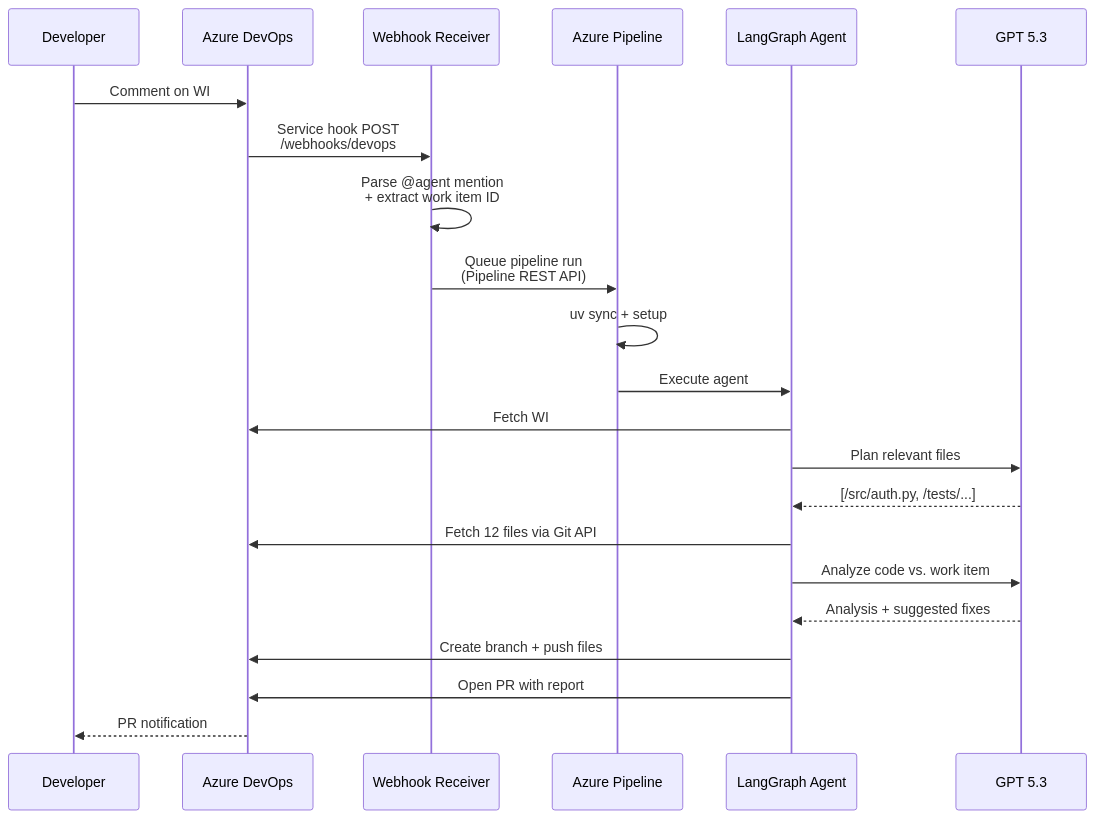
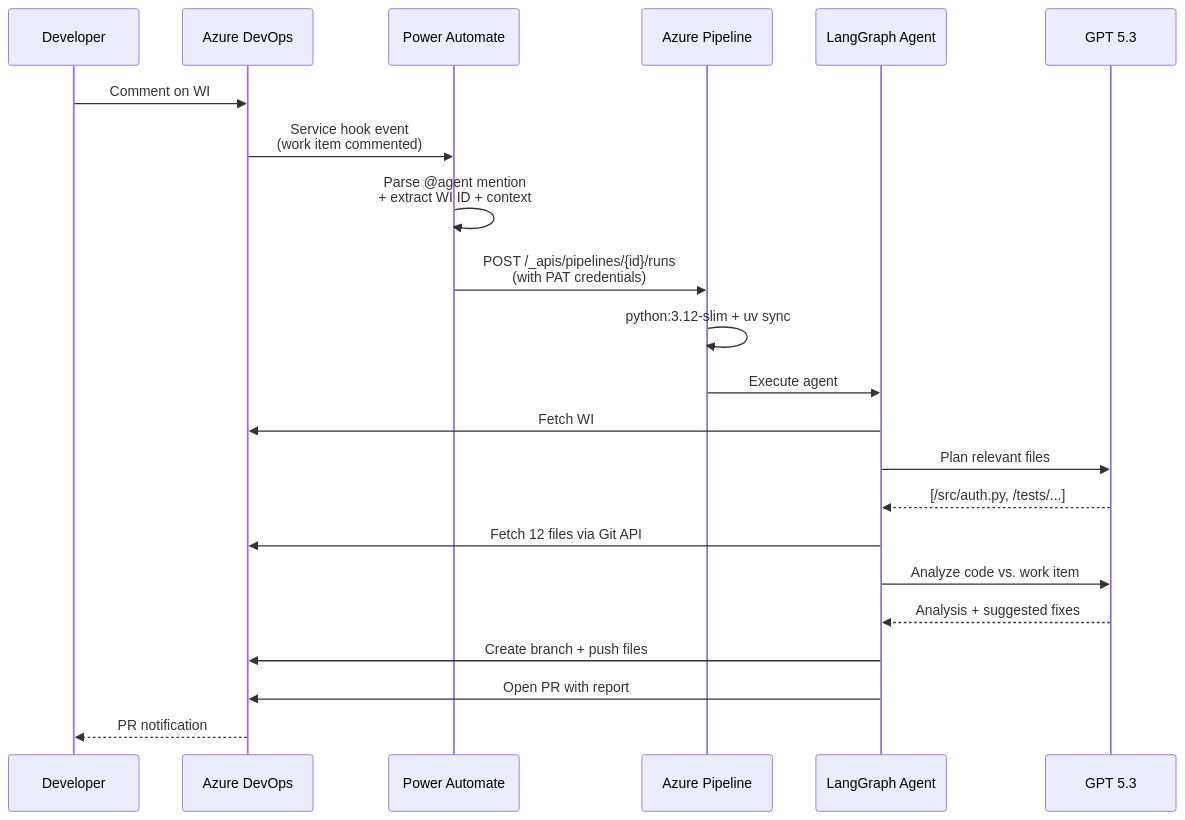
One commit to victorvos/devops_agent changed the fifth of 9 diagrams in README.md. Above: the diagram before and after it, drawn with Mermaid. The commit also changed other lines of this file and 7 other files, not shown here.

First line of the commit message:
Remove webhook server — triggers are just API calls with credentials

````diff
--- a/README.md
+++ b/README.md
@@ -268,25 +262,25 @@
 ```mermaid
 sequenceDiagram
     participant Dev as Developer
     participant ADO as Azure DevOps
-    participant WH as Webhook Receiver
+    participant PA as Power Automate
     participant Pipe as Azure Pipeline
     participant Agent as LangGraph Agent
     participant LLM as GPT 5.3
 
     Dev->>ADO: Comment on WI #1234:<br/>"@agent investigate the auth bug"
-    ADO->>WH: Service hook POST<br/>/webhooks/devops
-    WH->>WH: Parse @agent mention<br/>+ extract work item ID
-    WH->>Pipe: Queue pipeline run<br/>(Pipeline REST API)
-    Pipe->>Pipe: uv sync + setup
+    ADO->>PA: Service hook event<br/>(work item commented)
+    PA->>PA: Parse @agent mention<br/>+ extract WI ID + context
+    PA->>Pipe: POST /_apis/pipelines/{id}/runs<br/>(with PAT credentials)
+    Pipe->>Pipe: python:3.12-slim + uv sync
     Pipe->>Agent: Execute agent
     Agent->>ADO: Fetch WI #1234 details
     Agent->>LLM: Plan relevant files
     LLM-->>Agent: [/src/auth.py, /tests/...]
     Agent->>ADO: Fetch 12 files via Git API
     Agent->>LLM: Analyze code vs. work item
     LLM-->>Agent: Analysis + suggested fixes
     Agent->>ADO: Create branch + push files
     Agent->>ADO: Open PR with report
     ADO-->>Dev: PR notification
 ```
````
